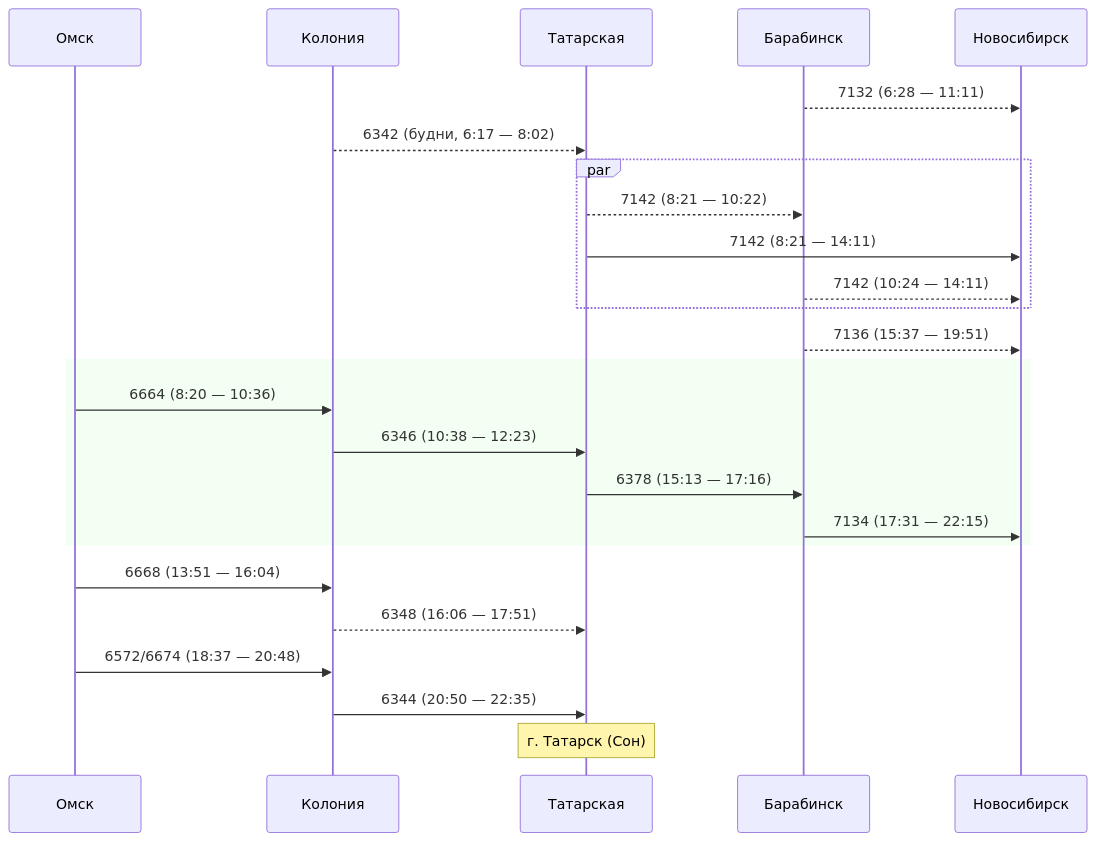
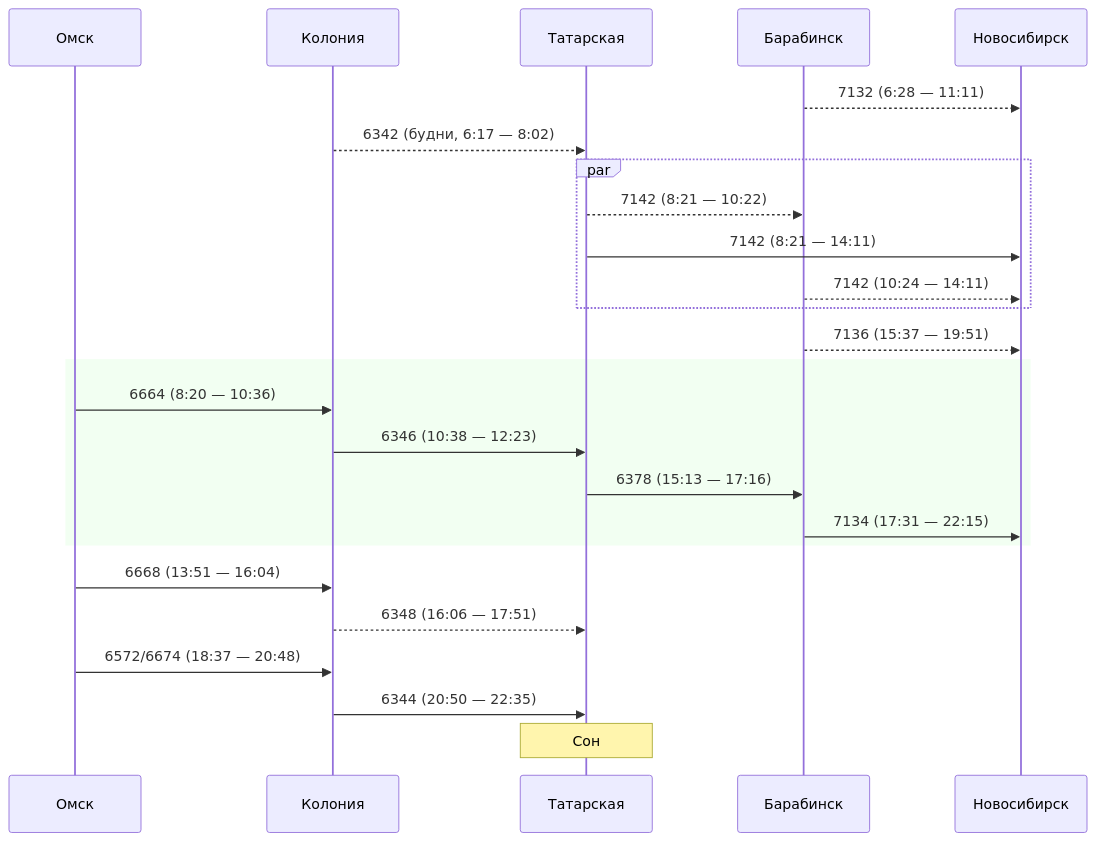
Before and after one commit to u0feff/Pezda: the first of 4 diagrams in README.md, drawn with Mermaid. The commit also changed other lines of this file, not shown here.

````diff
--- a/README.md
+++ b/README.md
@@ -3,33 +10,33 @@
 ```mermaid
 sequenceDiagram
     participant Омск
     participant Колония
     participant Татарская
     participant Барабинск
     participant Новосибирск
 
     Барабинск-->>Новосибирск: 7132 (6:28 — 11:11)
 
     Колония-->>Татарская: 6342 (будни, 6:17 — 8:02)
     par
     Татарская-->>Барабинск: 7142 (8:21 — 10:22)
     Татарская->>Новосибирск: 7142 (8:21 — 14:11)
     Барабинск-->>Новосибирск: 7142 (10:24 — 14:11)
     end
     Барабинск-->>Новосибирск: 7136 (15:37 — 19:51)
 
     rect rgba(0, 255, 0, 0.05)
     Омск->>Колония: 6664 (8:20 — 10:36)
     Колония->>Татарская: 6346 (10:38 — 12:23)
     Татарская->>Барабинск: 6378 (15:13 — 17:16)
     Барабинск->>Новосибирск: 7134 (17:31 — 22:15)
     end
 
     Омск->>Колония: 6668 (13:51 — 16:04)
     Колония-->>Татарская: 6348 (16:06 — 17:51)
 
     Омск->>Колония: 6572/6674 (18:37 — 20:48)
     Колония->>Татарская: 6344 (20:50 — 22:35)
 
-    Note over Татарская: г. Татарск (Сон)
+    Note over Татарская: Сон
 ```
````
